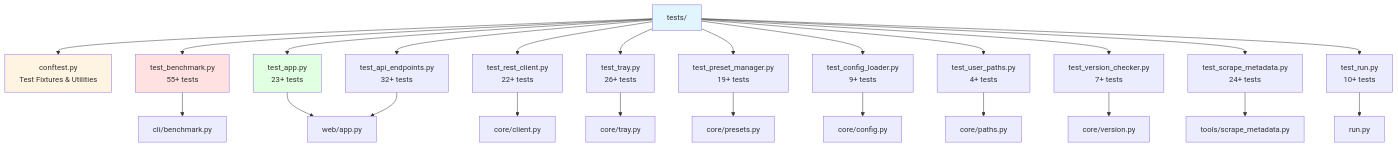
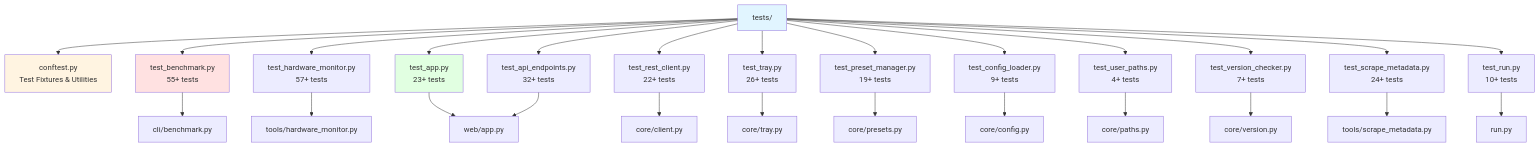
Diagram 12 of 12 in docs/ARCHITECTURE.md (Ajimaru/LM-Studio-Bench), drawn with Mermaid before and after one commit. The commit also changed other lines of this file and 33 other files, not shown here.

````diff
--- a/docs/ARCHITECTURE.md
+++ b/docs/ARCHITECTURE.md
@@ -822,33 +827,35 @@
 ```mermaid
 graph TB
     Tests[tests/] --> Fixtures[conftest.py<br/>Test Fixtures & Utilities]
 
     Tests --> BenchmarkTests[test_benchmark.py<br/>55+ tests]
+    Tests --> HardwareTests[test_hardware_monitor.py<br/>57+ tests]
     Tests --> AppTests[test_app.py<br/>23+ tests]
     Tests --> APITests[test_api_endpoints.py<br/>32+ tests]
     Tests --> RestTests[test_rest_client.py<br/>22+ tests]
     Tests --> TrayTests[test_tray.py<br/>26+ tests]
     Tests --> PresetTests[test_preset_manager.py<br/>19+ tests]
     Tests --> ConfigTests[test_config_loader.py<br/>9+ tests]
     Tests --> PathTests[test_user_paths.py<br/>4+ tests]
     Tests --> VersionTests[test_version_checker.py<br/>7+ tests]
     Tests --> MetadataTests[test_scrape_metadata.py<br/>24+ tests]
     Tests --> RunTests[test_run.py<br/>10+ tests]
 
     BenchmarkTests --> Benchmark[cli/benchmark.py]
+    HardwareTests --> HardwareMon[tools/hardware_monitor.py]
     AppTests --> WebApp[web/app.py]
     APITests --> WebApp
     RestTests --> RestClient[core/client.py]
     TrayTests --> Tray[core/tray.py]
     PresetTests --> PresetMgr[core/presets.py]
     ConfigTests --> ConfigLoader[core/config.py]
     PathTests --> UserPaths[core/paths.py]
     VersionTests --> VersionChecker[core/version.py]
     MetadataTests --> Metadata[tools/scrape_metadata.py]
     RunTests --> RunPy[run.py]
 
     style Tests fill:#e1f5ff
     style Fixtures fill:#fff4e1
     style BenchmarkTests fill:#ffe1e1
     style AppTests fill:#e1ffe1
 ```
````
